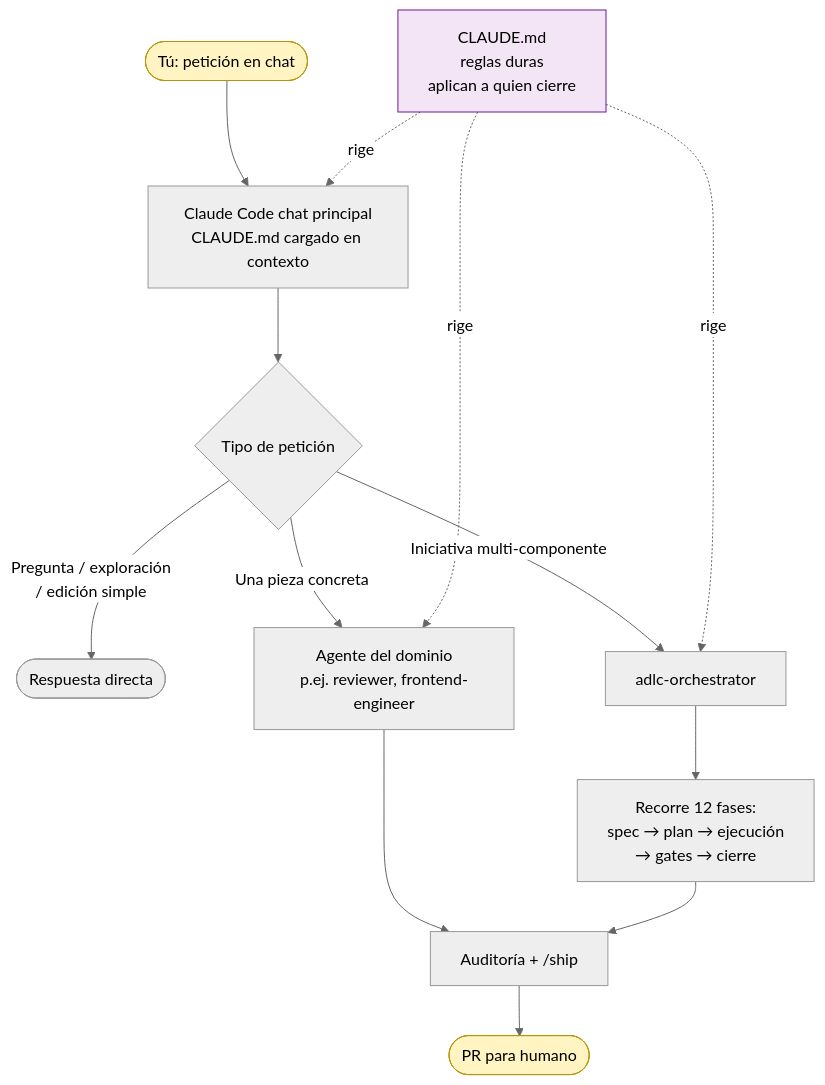
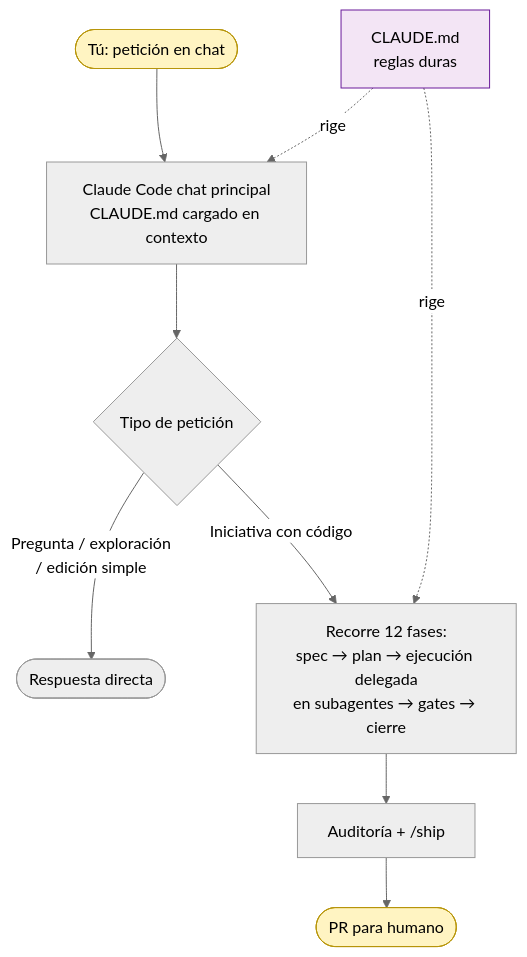
The first of 5 diagrams in README.md (juananmora/adlc-claude-code-workspace), drawn with Mermaid (neutral theme) before and after one commit. The commit also changed other lines of this file and 2 other files, not shown here.

First line of the commit message:
refactor(claude): eliminar agente adlc-orchestrator; Claude principal orquesta siempre

````diff
--- a/README.md
+++ b/README.md
@@ -123,21 +108,17 @@
 ```mermaid
 flowchart TD
     U([Tú: petición en chat]) --> CC[Claude Code chat principal<br/>CLAUDE.md cargado en contexto]
     CC --> D{Tipo de petición}
     D -->|Pregunta / exploración<br/>/ edición simple| RESP([Respuesta directa])
-    D -->|Una pieza concreta| AG1[Agente del dominio<br/>p.ej. reviewer, frontend-engineer]
-    D -->|Iniciativa multi-componente| ORQ[adlc-orchestrator]
-    AG1 --> CIERRE[Auditoría + /ship]
-    ORQ --> ORQF[Recorre 12 fases:<br/>spec → plan → ejecución<br/>→ gates → cierre]
-    ORQF --> CIERRE
+    D -->|Iniciativa con código| FLOW[Recorre 12 fases:<br/>spec → plan → ejecución delegada<br/>en subagentes → gates → cierre]
+    FLOW --> CIERRE[Auditoría + /ship]
     CIERRE --> PR([PR para humano])
 
-    RULE[CLAUDE.md<br/>reglas duras<br/>aplican a quien cierre] -.->|rige| CC
-    RULE -.->|rige| AG1
-    RULE -.->|rige| ORQ
+    RULE[CLAUDE.md<br/>reglas duras] -.->|rige| CC
+    RULE -.->|rige| FLOW
 
     classDef contract fill:#f3e5f5,stroke:#6a1b9a,color:#000
     classDef human fill:#fff4c2,stroke:#b7950b,color:#000
     class RULE contract
     class U,PR human
 ```
````
